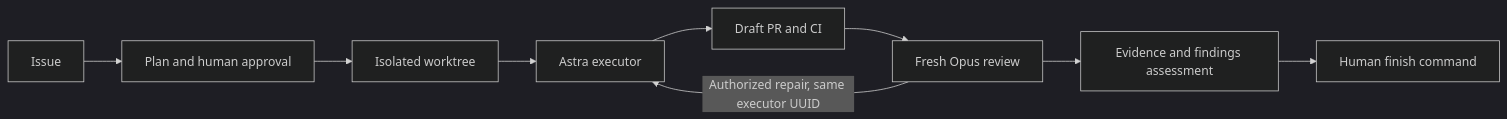
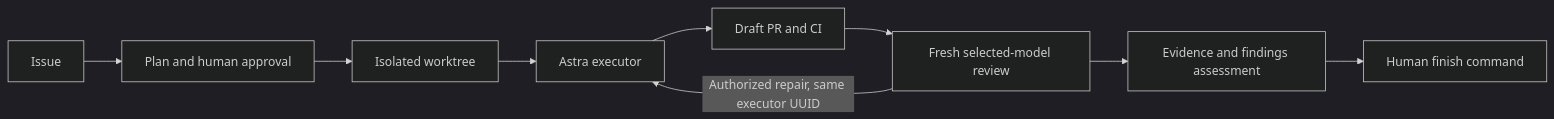
Before and after one commit to Zi-Deng/FLOW-DC: the diagram in docs/agent-workflow/README.md, drawn with Mermaid (dark theme). The commit also changed other lines of this file and 89 other files, not shown here.

````diff
--- a/docs/agent-workflow/README.md
+++ b/docs/agent-workflow/README.md
@@ -5,11 +5,11 @@
 ```mermaid
 flowchart LR
     I[Issue] --> P[Plan and human approval]
     P --> W[Isolated worktree]
     W --> E[Astra executor]
     E --> C[Draft PR and CI]
-    C --> R[Fresh Opus review]
+    C --> R[Fresh selected-model review]
     R --> A[Evidence and findings assessment]
     A --> H[Human finish command]
     R -->|Authorized repair, same executor UUID| E
 ```
````
